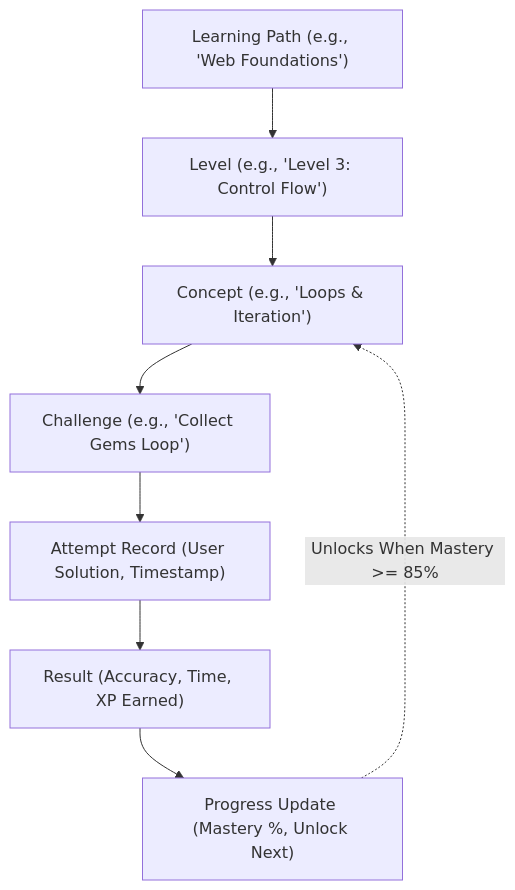
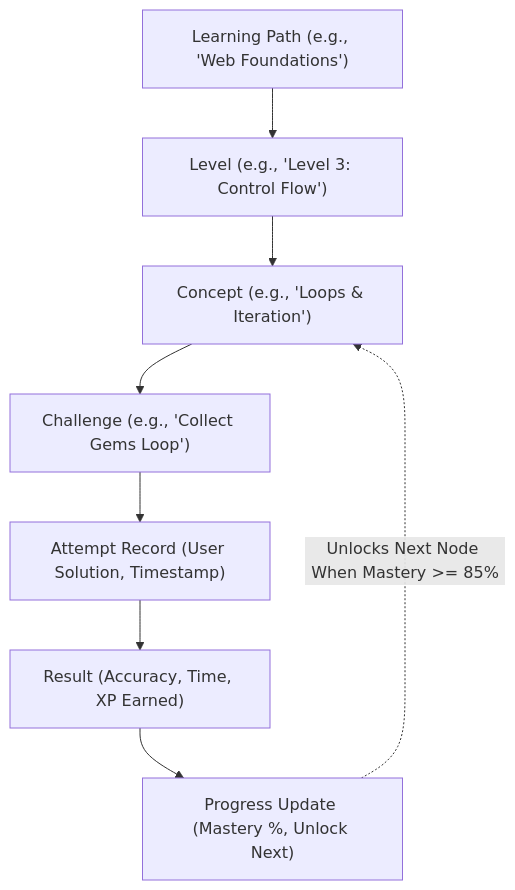
Before and after one commit to tanushreesrivastavs125-code/CodeVerse: the fourth of 11 diagrams in docs/HLD.md, drawn with Mermaid. The commit also changed other lines of this file, not shown here.

````diff
--- a/docs/HLD.md
+++ b/docs/HLD.md
@@ -603,18 +692,18 @@
 ```mermaid
 flowchart TD
     Path["Learning Path (e.g., 'Web Foundations')"]
     Level["Level (e.g., 'Level 3: Control Flow')"]
     Concept["Concept (e.g., 'Loops & Iteration')"]
     Challenge["Challenge (e.g., 'Collect Gems Loop')"]
     Attempt["Attempt Record (User Solution, Timestamp)"]
     Result["Result (Accuracy, Time, XP Earned)"]
     Progress["Progress Update (Mastery %, Unlock Next)"]
 
     Path --> Level
     Level --> Concept
     Concept --> Challenge
     Challenge --> Attempt
     Attempt --> Result
     Result --> Progress
-    Progress -.->|Unlocks When Mastery >= 85%| Concept
+    Progress -.->|Unlocks Next Node When Mastery >= 85%| Concept
 ```
````
